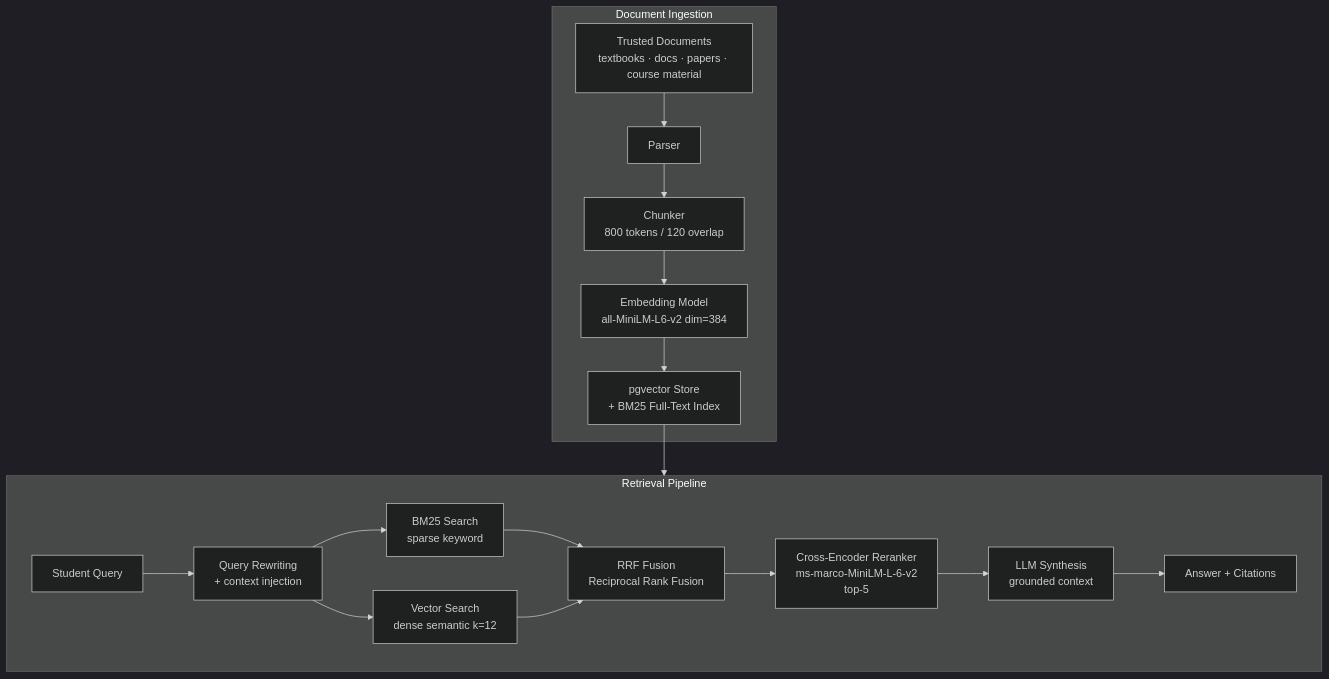
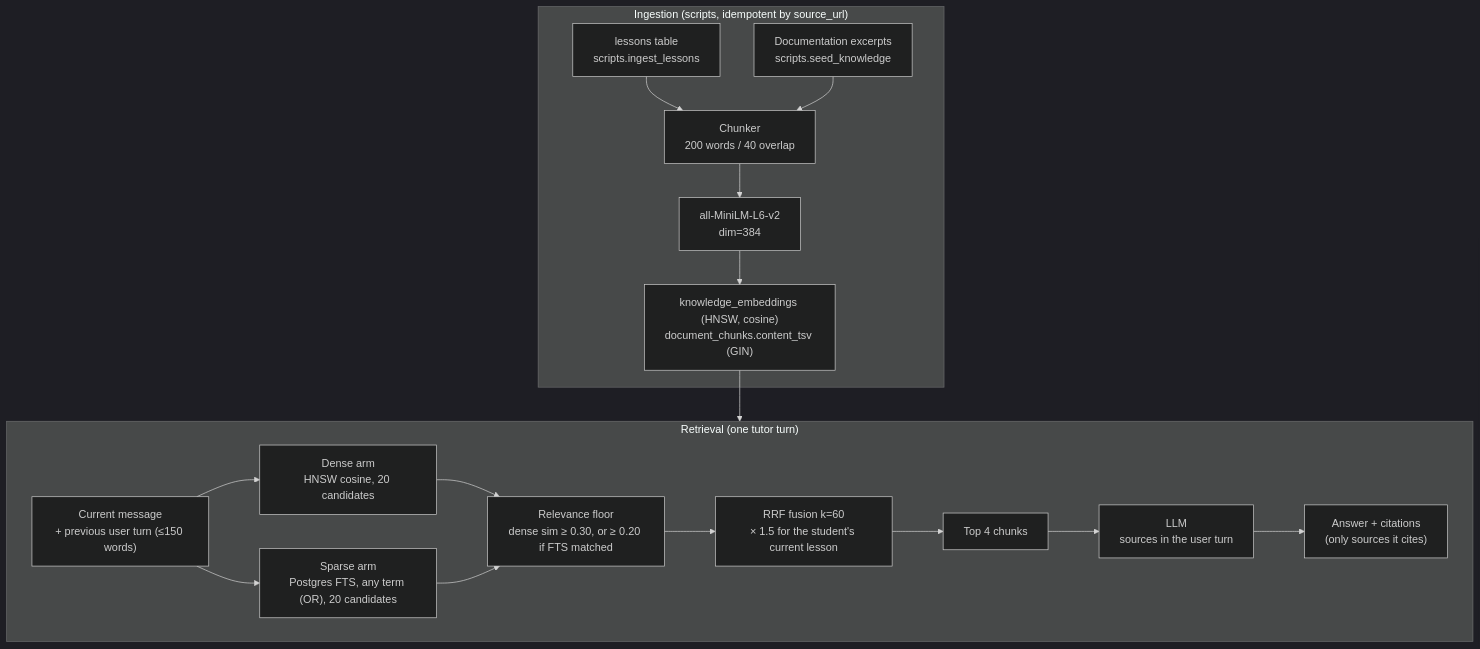
The diagram in docs/rag-pipeline.md (qphase-ai/Q-Learn), drawn with Mermaid (dark theme) before and after one commit. The commit also changed other lines of this file and 2 other files, not shown here.

First line of the commit message:
docs(rag): describe the implemented pipeline

````diff
--- a/docs/rag-pipeline.md
+++ b/docs/rag-pipeline.md
@@ -9,31 +14,31 @@
 ```mermaid
 flowchart TD
-    subgraph INGEST["Document Ingestion"]
-        DOCS["Trusted Documents\ntextbooks · docs · papers · course material"]
-        PARSE["Parser"]
-        CHUNK["Chunker\n800 tokens / 120 overlap"]
-        EMBED["Embedding Model\nall-MiniLM-L6-v2  dim=384"]
-        STORE["pgvector Store\n+ BM25 Full-Text Index"]
-        DOCS --> PARSE --> CHUNK --> EMBED --> STORE
+    subgraph INGEST["Ingestion (scripts, idempotent by source_url)"]
+        LESSONS["lessons table\nscripts.ingest_lessons"]
+        DOCS["Documentation excerpts\nscripts.seed_knowledge"]
+        CHUNK["Chunker\n200 words / 40 overlap"]
+        EMBED["all-MiniLM-L6-v2\ndim=384"]
+        STORE["knowledge_embeddings (HNSW, cosine)\ndocument_chunks.content_tsv (GIN)"]
+        LESSONS --> CHUNK
+        DOCS --> CHUNK
+        CHUNK --> EMBED --> STORE
     end
 
-    subgraph RETRIEVE["Retrieval Pipeline"]
-        Q["Student Query"]
-        QR["Query Rewriting\n+ context injection"]
-        BM25["BM25 Search\nsparse keyword"]
-        VEC["Vector Search\ndense semantic  k=12"]
-        RRF["RRF Fusion\nReciprocal Rank Fusion"]
-        RERANK["Cross-Encoder Reranker\nms-marco-MiniLM-L-6-v2\ntop-5"]
-        LLM["LLM Synthesis\ngrounded context"]
-        ANS["Answer + Citations"]
-
-        Q --> QR
-        QR --> BM25
-        QR --> VEC
-        BM25 --> RRF
-        VEC --> RRF
-        RRF --> RERANK --> LLM --> ANS
+    subgraph RETRIEVE["Retrieval (one tutor turn)"]
+        Q["Current message\n+ previous user turn (≤150 words)"]
+        VEC["Dense arm\nHNSW cosine, 20 candidates"]
+        FTS["Sparse arm\nPostgres FTS, any term (OR), 20 candidates"]
+        FLOOR["Relevance floor\ndense sim ≥ 0.30, or ≥ 0.20 if FTS matched"]
+        RRF["RRF fusion k=60\n× 1.5 for the student's current lesson"]
+        TOP["Top 4 chunks"]
+        LLM["LLM\nsources in the user turn"]
+        ANS["Answer + citations\n(only sources it cites)"]
+        Q --> VEC
+        Q --> FTS
+        VEC --> FLOOR
+        FTS --> FLOOR
+        FLOOR --> RRF --> TOP --> LLM --> ANS
     end
 
     STORE --> RETRIEVE
 ```
````
